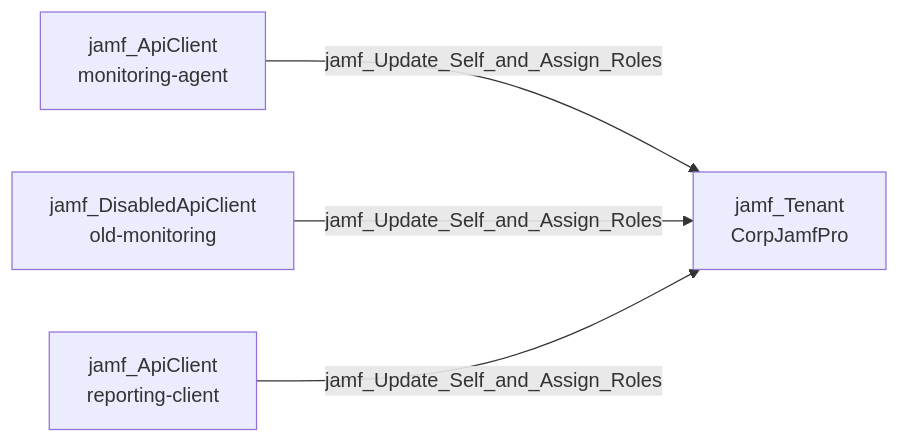
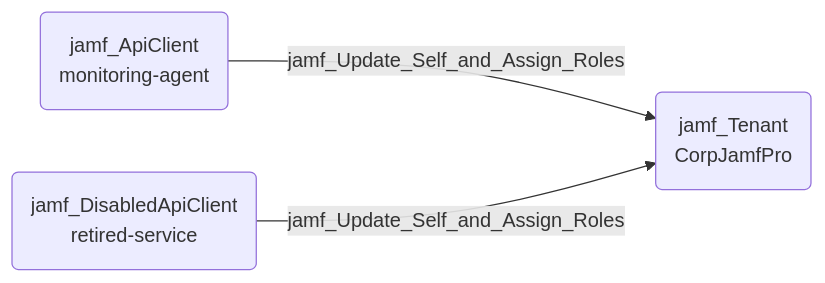
One commit to SpecterOps/bloodhound-docs changed the diagram in docs/opengraph/extensions/jamfhound/reference/edges/jamf_update_self_and_assign_roles.mdx. Above: the diagram before and after it, drawn with Mermaid. The commit also changed 33 other files, not shown here.

Commit message:
Updated documentation with revised mermaid diagrams

````diff
--- a/docs/opengraph/extensions/jamfhound/reference/edges/jamf_update_self_and_assign_roles.mdx
+++ b/docs/opengraph/extensions/jamfhound/reference/edges/jamf_update_self_and_assign_roles.mdx
@@ -18,6 +18,11 @@
 ```mermaid
 graph LR
-    A["jamf_ApiClient\nmonitoring-agent"] -->|jamf_Update_Self_and_Assign_Roles| B["jamf_Tenant\nCorpJamfPro"]
-    C["jamf_DisabledApiClient\nold-monitoring"] -->|jamf_Update_Self_and_Assign_Roles| B
-    D["jamf_ApiClient\nreporting-client"] -->|jamf_Update_Self_and_Assign_Roles| B
+    A("jamf_ApiClient
+monitoring-agent")
+    B("jamf_Tenant
+CorpJamfPro")
+    C("jamf_DisabledApiClient
+retired-service")
+    A -- jamf_Update_Self_and_Assign_Roles --> B
+    C -- jamf_Update_Self_and_Assign_Roles --> B
 ```
````
